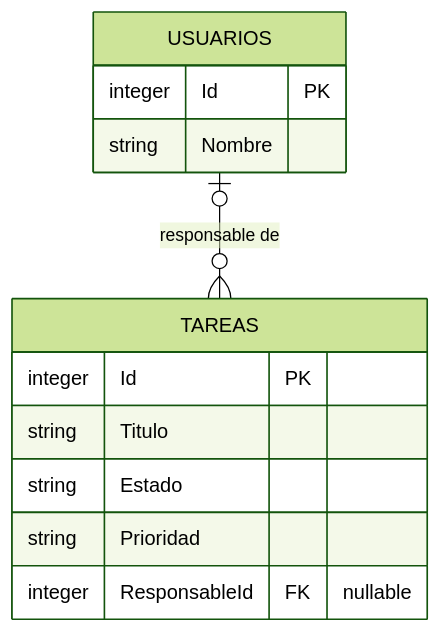
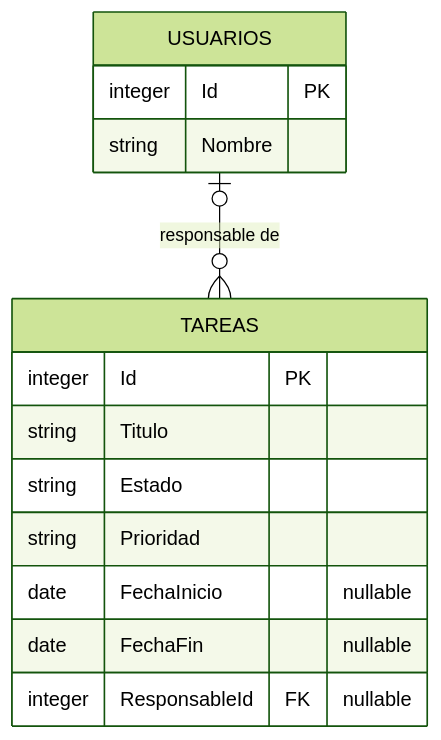
Before and after one commit to hispafox/app-todolist-260928: the first of 2 diagrams in docs/arquitectura.md, drawn with Mermaid (forest theme). The commit also changed other lines of this file and 21 other files, not shown here.

````diff
--- a/docs/arquitectura.md
+++ b/docs/arquitectura.md
@@ -16,17 +16,19 @@
 ```mermaid
 erDiagram
     USUARIOS {
         integer Id PK
         string Nombre
     }
 
     TAREAS {
         integer Id PK
         string Titulo
         string Estado
         string Prioridad
+        date FechaInicio "nullable"
+        date FechaFin "nullable"
         integer ResponsableId FK "nullable"
     }
 
     USUARIOS o|--o{ TAREAS : "responsable de"
 ```
````
